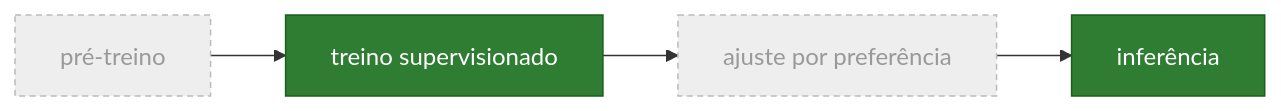
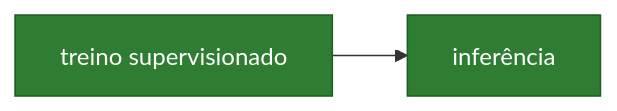
The fourth of 8 diagrams in README.md (kafb04/data-engineering-multimodal-ai), drawn with Mermaid before and after one commit. The commit also changed other lines of this file, not shown here.

````diff
--- a/README.md
+++ b/README.md
@@ -115,8 +115,5 @@
 ```mermaid
 flowchart LR
-    E1["pré-treino"]:::nao --> E2["treino supervisionado"]:::sim
-    E2 --> E3["ajuste por preferência"]:::nao
-    E3 --> E4["inferência"]:::sim
+    E2["treino supervisionado"]:::sim --> E4["inferência"]:::sim
     classDef sim fill:#2E7D32,color:#fff,stroke:#1B5E20
-    classDef nao fill:#EEEEEE,color:#999,stroke:#BBBBBB,stroke-dasharray:4 3
 ```
````
